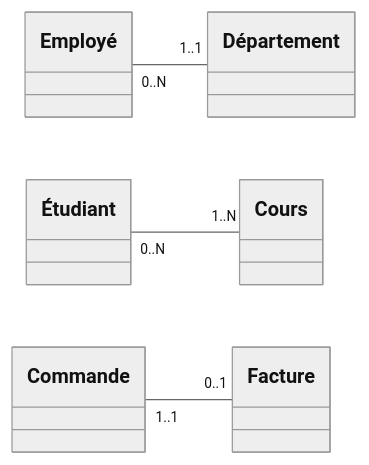
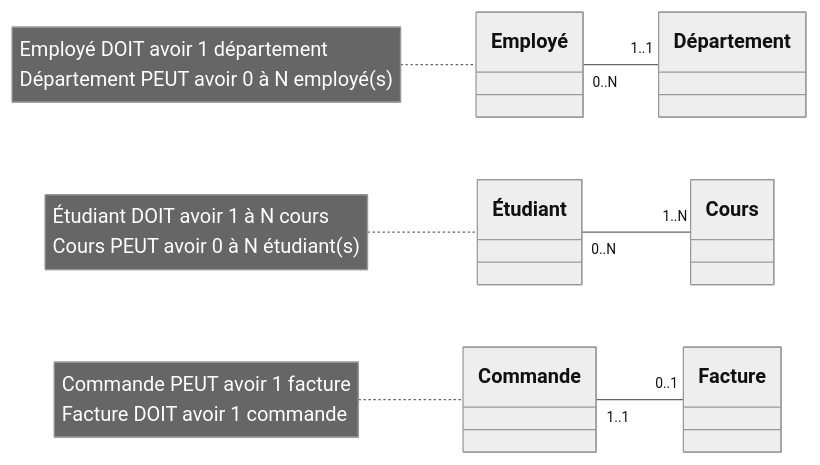
One commit to departement-info-cem/3W6-Web-Transactionelle changed the fourth of 4 diagrams in web/docs/01-cours/03-rencontre2.1.md. Above: the diagram before and after it, drawn with Mermaid (neutral theme). The commit also changed other lines of this file and 19 other files, not shown here.

````diff
--- a/web/docs/01-cours/03-rencontre2.1.md
+++ b/web/docs/01-cours/03-rencontre2.1.md
@@ -136,10 +144,13 @@
 ```mermaid
 classDiagram
     direction LR
     class Employe["Employé"]
     class Departement["Département"]
     class Etudiant["Étudiant"]
     Employe "0..N" -- "1..1" Departement
     Etudiant "0..N" -- "1..N" Cours
     Commande "1..1" -- "0..1" Facture
+    note for Employe "Employé DOIT avoir 1 département<br>Département PEUT avoir 0 à N employé(s)"
+    note for Etudiant "Étudiant DOIT avoir 1 à N cours<br>Cours PEUT avoir 0 à N étudiant(s)"
+    note for Commande "Commande PEUT avoir 1 facture<br>Facture DOIT avoir 1 commande"
 ```
````
